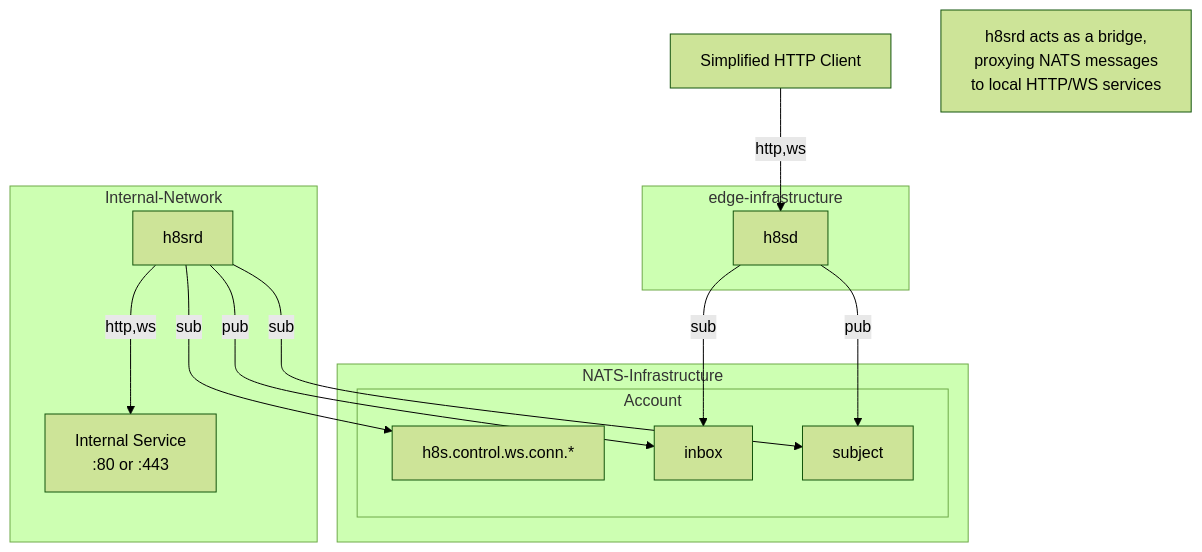
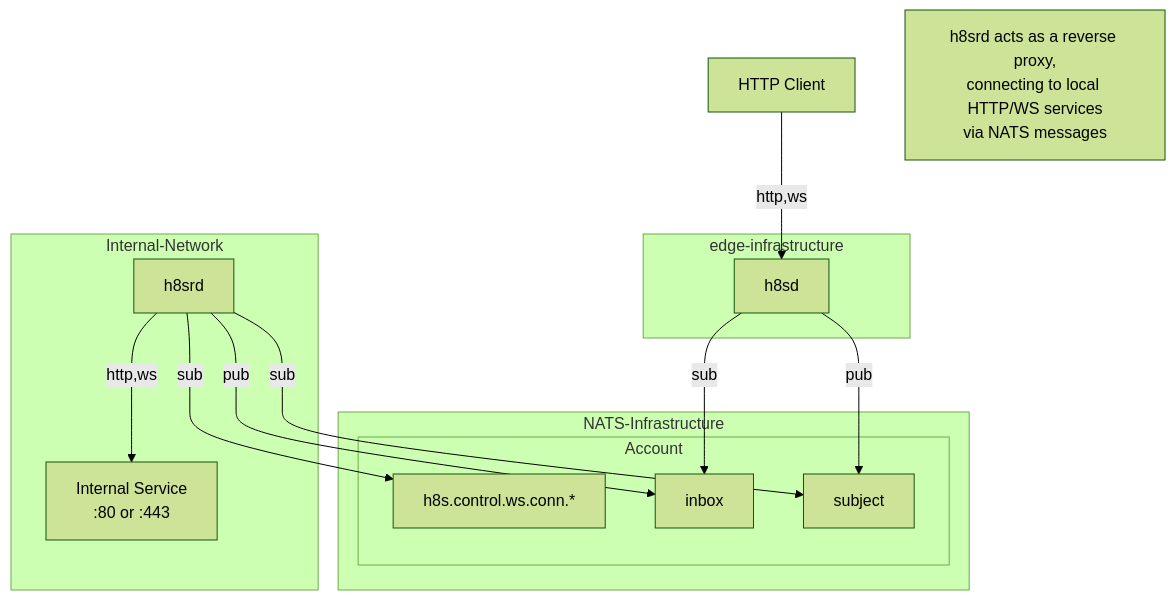
One commit to Mattilsynet/h8s changed the fourth of 5 diagrams in README.md. Above: the diagram before and after it, drawn with Mermaid (forest theme). The commit also changed 2 other files, not shown here.

Commit message:
chore: added docker demo and updated wording in project readme

````diff
--- a/README.md
+++ b/README.md
@@ -144,33 +144,33 @@
 ```mermaid +render
 graph TB 
-    client[Simplified HTTP Client]
+    client[HTTP Client]
 
     subgraph edge-infrastructure 
         h8sd[h8sd]
     end
 
     subgraph NATS-Infrastructure
         subgraph Account
             subject
             inbox
             control[h8s.control.ws.conn.*]
         end
     end
 
     subgraph Internal-Network
         h8srd
         backend-service[Internal Service<br>:80 or :443]
     end
 
     client --> |http,ws| h8sd
     h8sd --> |pub| subject 
     h8sd --> |sub| inbox
 
     h8srd --> |sub| subject
     h8srd --> |pub| inbox
     h8srd --> |sub| control
 
     h8srd --> |http,ws| backend-service
 
-    note[h8srd acts as a bridge,<br>proxying NATS messages<br>to local HTTP/WS services]
+    note[h8srd acts as a reverse proxy,<br>connecting to local HTTP/WS services<br>via NATS messages]
 ```
````
